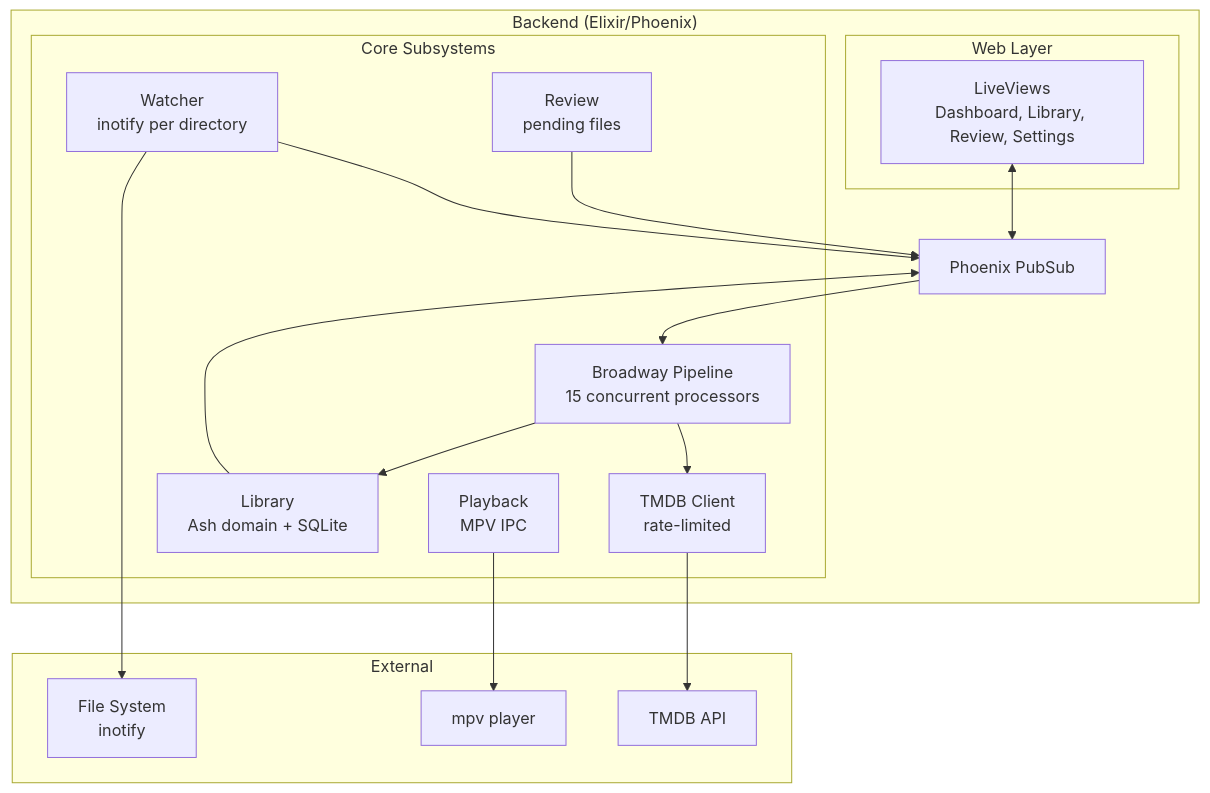
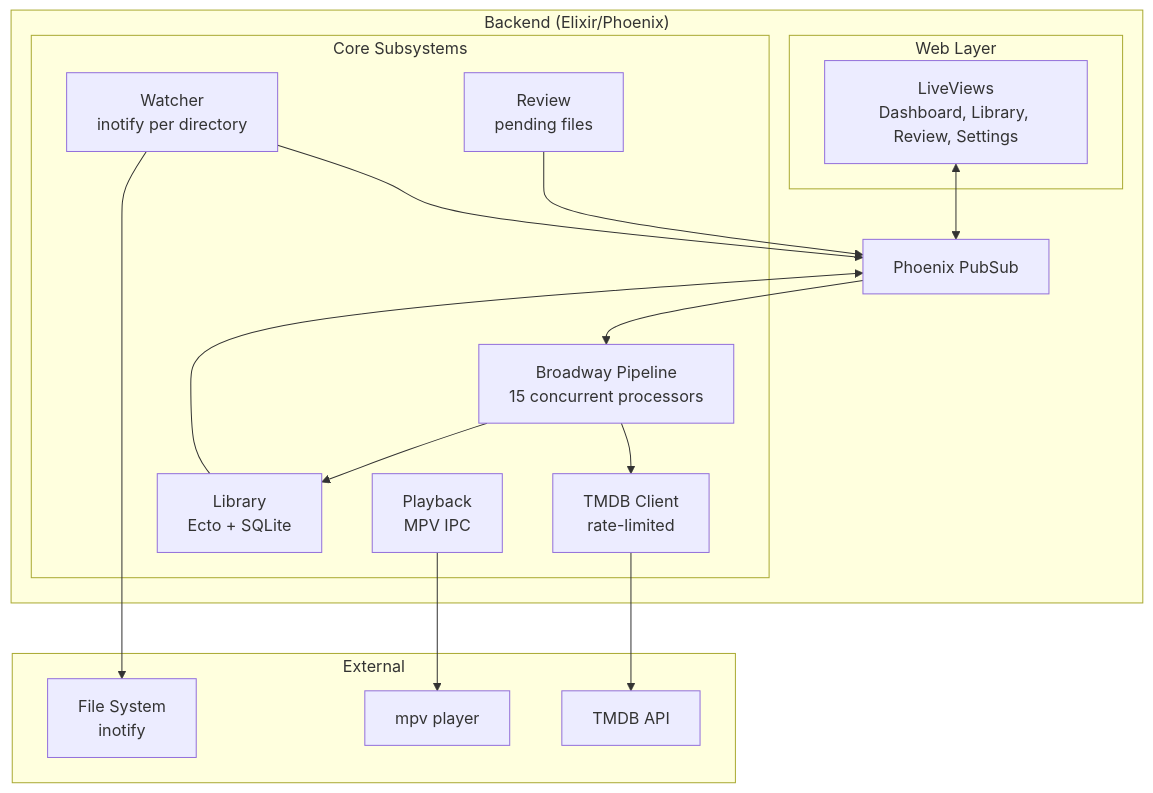
One commit to media-centaur/media-centaur changed the first of 3 diagrams in docs/architecture.md. Above: the diagram before and after it, drawn with Mermaid. The commit also changed other lines of this file and 13 other files, not shown here.

````diff
--- a/docs/architecture.md
+++ b/docs/architecture.md
@@ -17,36 +17,36 @@
 ```mermaid
 graph TB
     subgraph Backend["Backend (Elixir/Phoenix)"]
         subgraph Web["Web Layer"]
             LiveViews[LiveViews<br/>Dashboard, Library, Review, Settings]
         end
 
         subgraph Core["Core Subsystems"]
             Watcher[Watcher<br/>inotify per directory]
             Pipeline[Broadway Pipeline<br/>15 concurrent processors]
             TMDB[TMDB Client<br/>rate-limited]
-            Library[Library<br/>Ash domain + SQLite]
+            Library[Library<br/>Ecto + SQLite]
             Playback[Playback<br/>MPV IPC]
             Review[Review<br/>pending files]
         end
 
         PubSub[Phoenix PubSub]
     end
 
     subgraph External
         TMDBAPI[TMDB API]
         FS[File System<br/>inotify]
         MPV[mpv player]
     end
 
     LiveViews <--> PubSub
     Watcher --> PubSub
     PubSub --> Pipeline
     Pipeline --> TMDB
     TMDB --> TMDBAPI
     Pipeline --> Library
     Watcher --> FS
     Playback --> MPV
     Library --> PubSub
     Review --> PubSub
 ```
````
